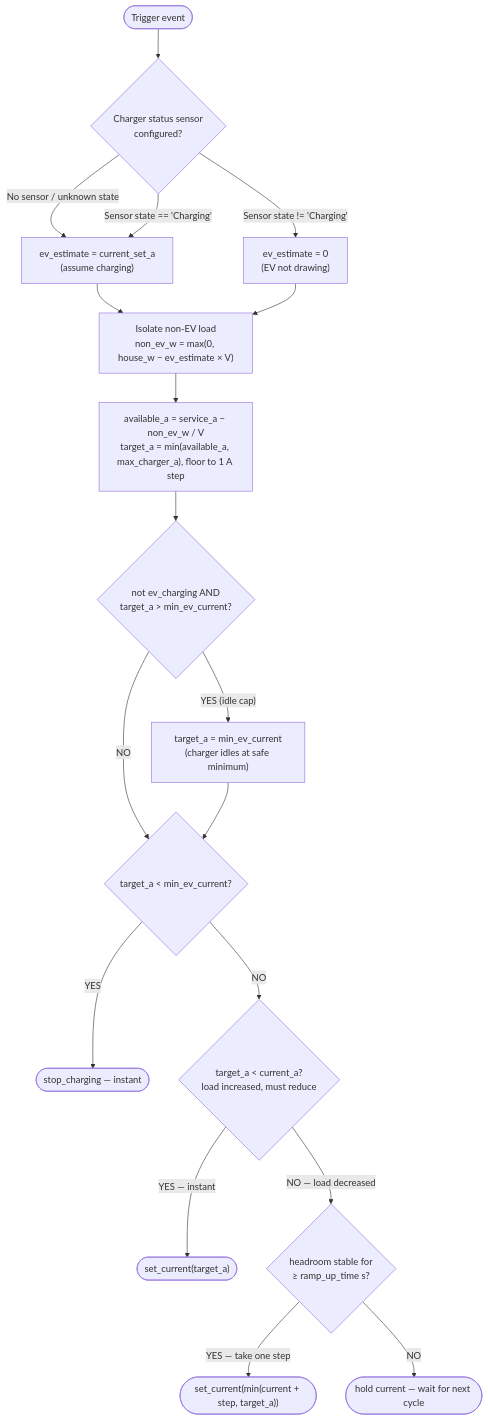
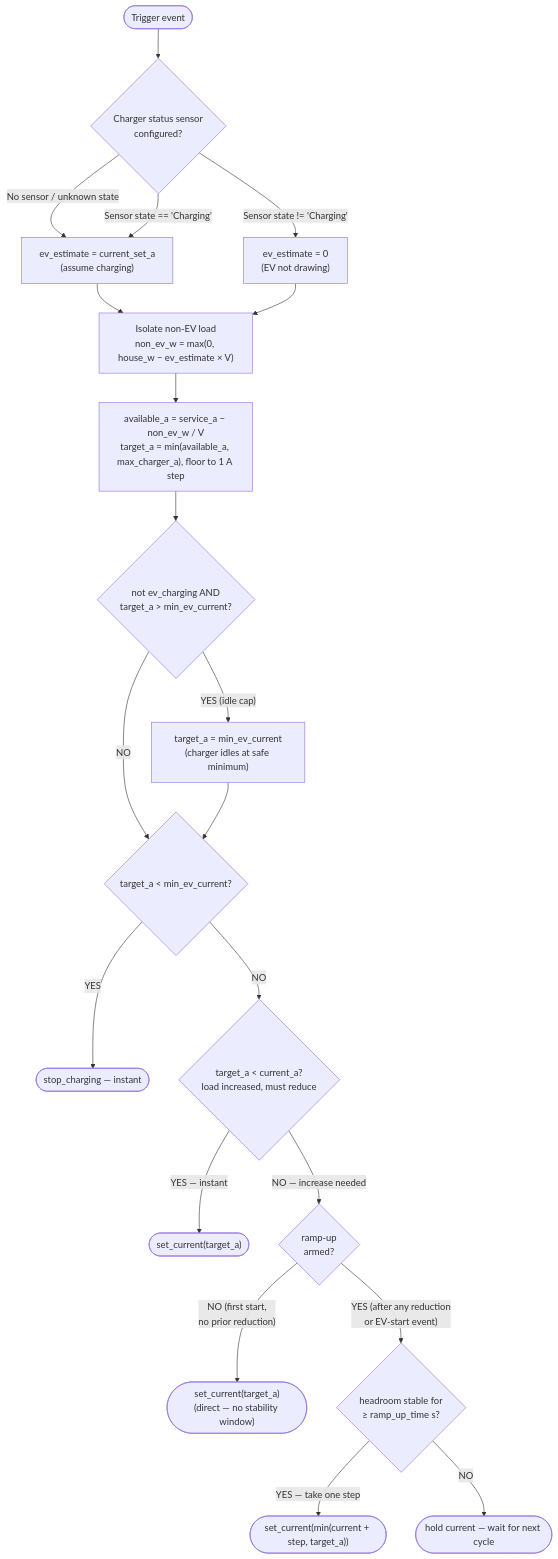
Before and after one commit to alexisml/ha-ev-charger-balancer: the first of 7 diagrams in docs/documentation/how-it-works.md, drawn with Mermaid. The commit also changed other lines of this file and 1 other file, not shown here.

Commit message:
docs: update how-it-works.md and mermaid diagrams for stability-window model

````diff
--- a/docs/documentation/how-it-works.md
+++ b/docs/documentation/how-it-works.md
@@ -243,21 +244,23 @@
 ```mermaid
 flowchart TD
     A([Trigger event])
     A --> Z{"Charger status sensor<br/>configured?"}
     Z -- "No sensor / unknown state" --> ZA["ev_estimate = current_set_a<br/>(assume charging)"]
     Z -- "Sensor state == 'Charging'" --> ZA
     Z -- "Sensor state != 'Charging'" --> ZB["ev_estimate = 0<br/>(EV not drawing)"]
     ZA --> B["Isolate non-EV load<br/>non_ev_w = max(0, house_w − ev_estimate × V)"]
     ZB --> B
     B --> C["available_a = service_a − non_ev_w / V<br/>target_a = min(available_a, max_charger_a), floor to 1 A step"]
     C --> CZ{"not ev_charging AND<br/>target_a > min_ev_current?"}
     CZ -- "YES (idle cap)" --> CZA["target_a = min_ev_current<br/>(charger idles at safe minimum)"]
     CZ -- "NO" --> D
     CZA --> D{"target_a < min_ev_current?"}
     D -- YES --> E(["stop_charging — instant"])
     D -- NO --> F{"target_a < current_a?<br/>load increased, must reduce"}
     F -- "YES — instant" --> G(["set_current(target_a)"])
-    F -- "NO — load decreased" --> H{"headroom stable for<br/>≥ ramp_up_time s?"}
+    F -- "NO — increase needed" --> RA{"ramp-up<br/>armed?"}
+    RA -- "NO (first start,<br/>no prior reduction)" --> K(["set_current(target_a)<br/>(direct — no stability window)"])
+    RA -- "YES (after any reduction<br/>or EV-start event)" --> H{"headroom stable for<br/>≥ ramp_up_time s?"}
     H -- "YES — take one step" --> I(["set_current(min(current + step, target_a))"])
     H -- "NO" --> J(["hold current — wait for next cycle"])
 ```
````
